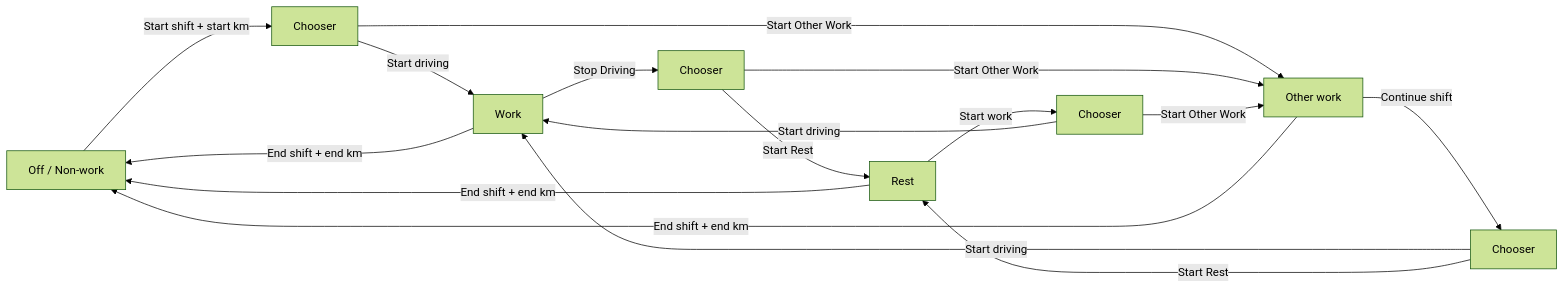
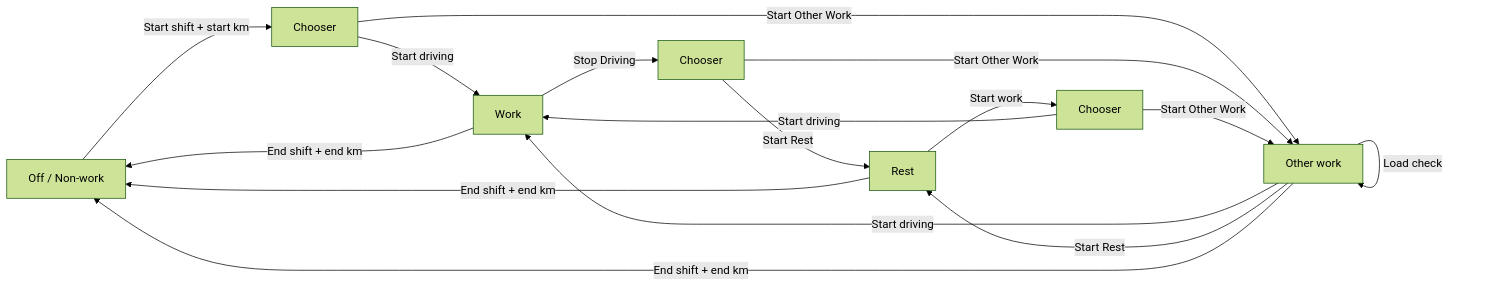
The diagram in app-next/docs/user-guides/driver-ui-guide-esl.md (Rod-Shehan/fatigue-app-latest), drawn with Mermaid (forest theme) before and after one commit. The commit also changed other lines of this file and 11 other files, not shown here.

Commit message:
Keep driving, Rest, and Load check on the Other work ring so those choices do not vanish after a reload.

````diff
--- a/app-next/docs/user-guides/driver-ui-guide-esl.md
+++ b/app-next/docs/user-guides/driver-ui-guide-esl.md
@@ -86,18 +85,18 @@
 ```mermaid
 flowchart LR
   A[Off / Non-work] -->|Start shift + start km| S[Chooser]
   S -->|Start driving| B[Work]
   S -->|Start Other Work| E[Other work]
   B -->|Stop Driving| C[Chooser]
   C -->|Start Rest| D[Rest]
   C -->|Start Other Work| E
   D -->|Start work| W[Chooser]
   W -->|Start driving| B
   W -->|Start Other Work| E
-  E -->|Continue shift| O[Chooser]
-  O -->|Start driving| B
-  O -->|Start Rest| D
+  E -->|Start driving| B
+  E -->|Start Rest| D
+  E -->|Load check| E
   B -->|End shift + end km| A
   D -->|End shift + end km| A
   E -->|End shift + end km| A
 ```
````
